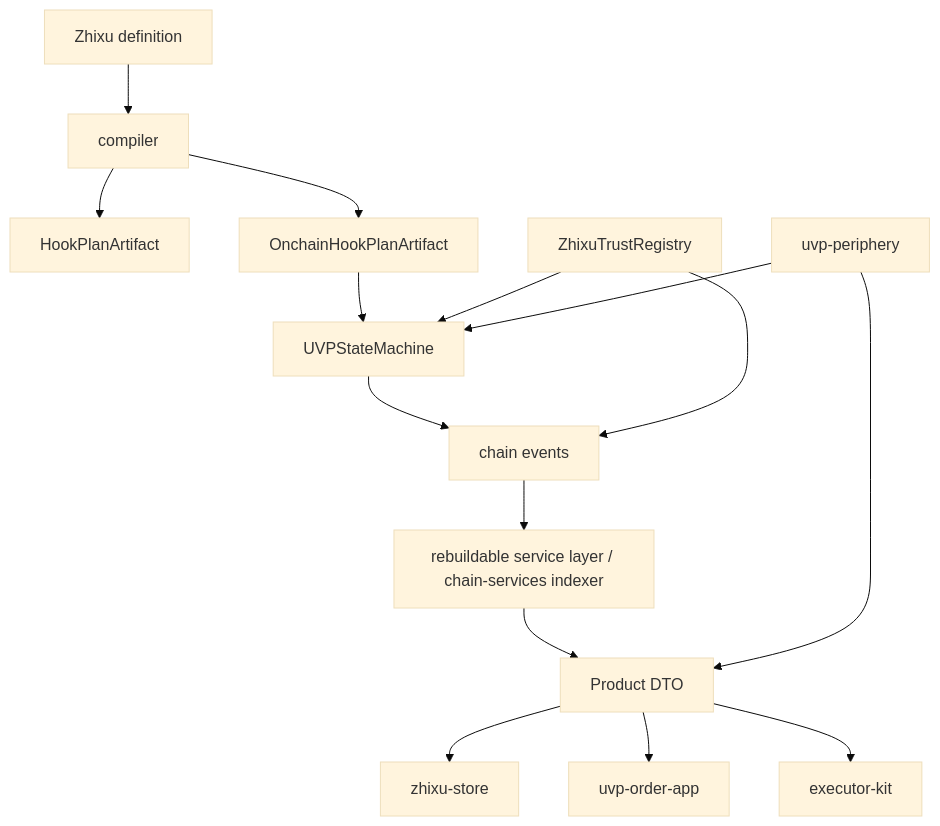
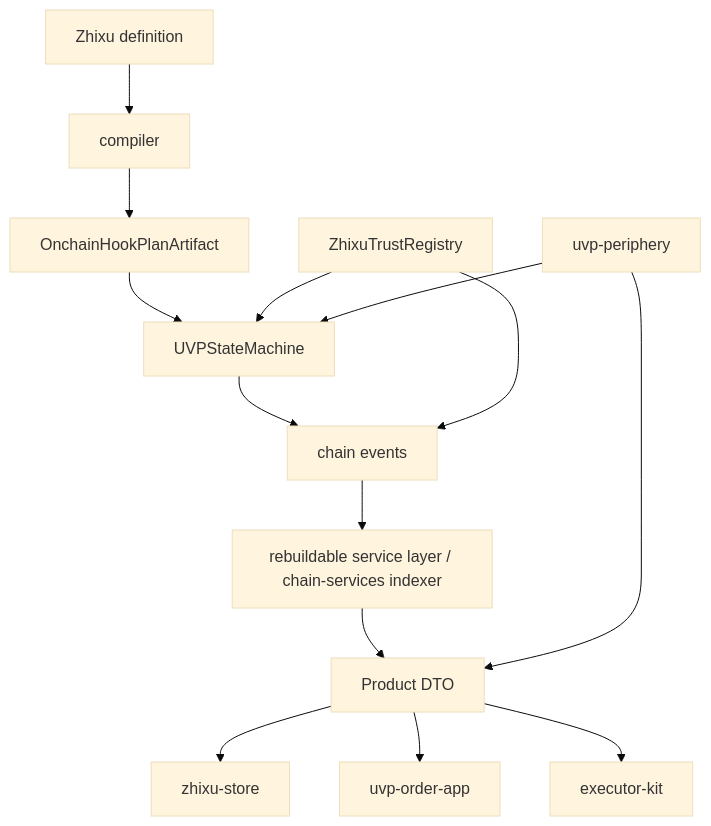
Before and after one commit to conucleus/uvp-wiki: the diagram in wiki/en/concepts/architecture.md, drawn with Mermaid (base theme). The commit also changed 139 other files, not shown here.

````diff
--- a/wiki/en/concepts/architecture.md
+++ b/wiki/en/concepts/architecture.md
@@ -5,17 +5,16 @@
 ```mermaid
 flowchart TD
   Z["Zhixu definition"] --> C["compiler"]
-  C --> HP["HookPlanArtifact"]
   C --> OHP["OnchainHookPlanArtifact"]
   OHP --> SM["UVPStateMachine"]
   TR["ZhixuTrustRegistry"] --> SM
   SM --> EV["chain events"]
   TR --> EV
   EV --> IDX["rebuildable service layer / chain-services indexer"]
   IDX --> DTO["Product DTO"]
   DTO --> Store["zhixu-store"]
   DTO --> OrderApp["uvp-order-app"]
   DTO --> Exec["executor-kit"]
   Peri["uvp-periphery"] --> SM
   Peri --> DTO
 ```
````
